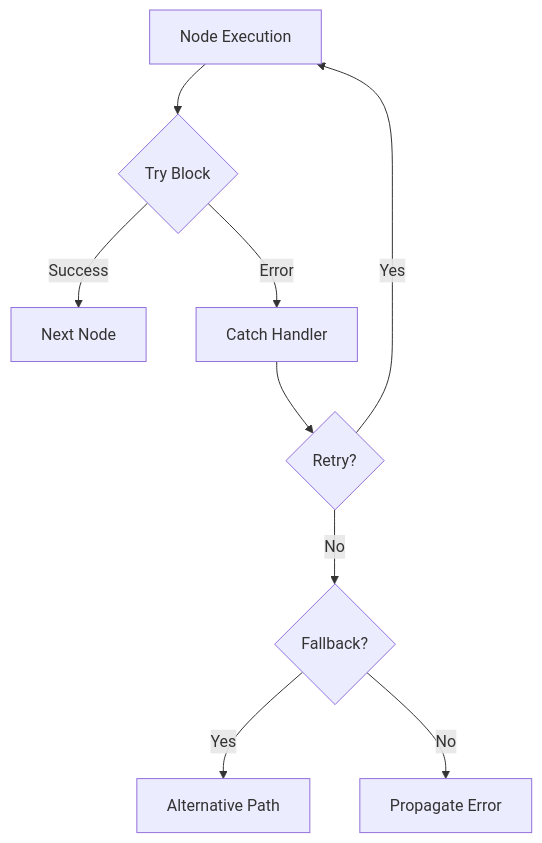
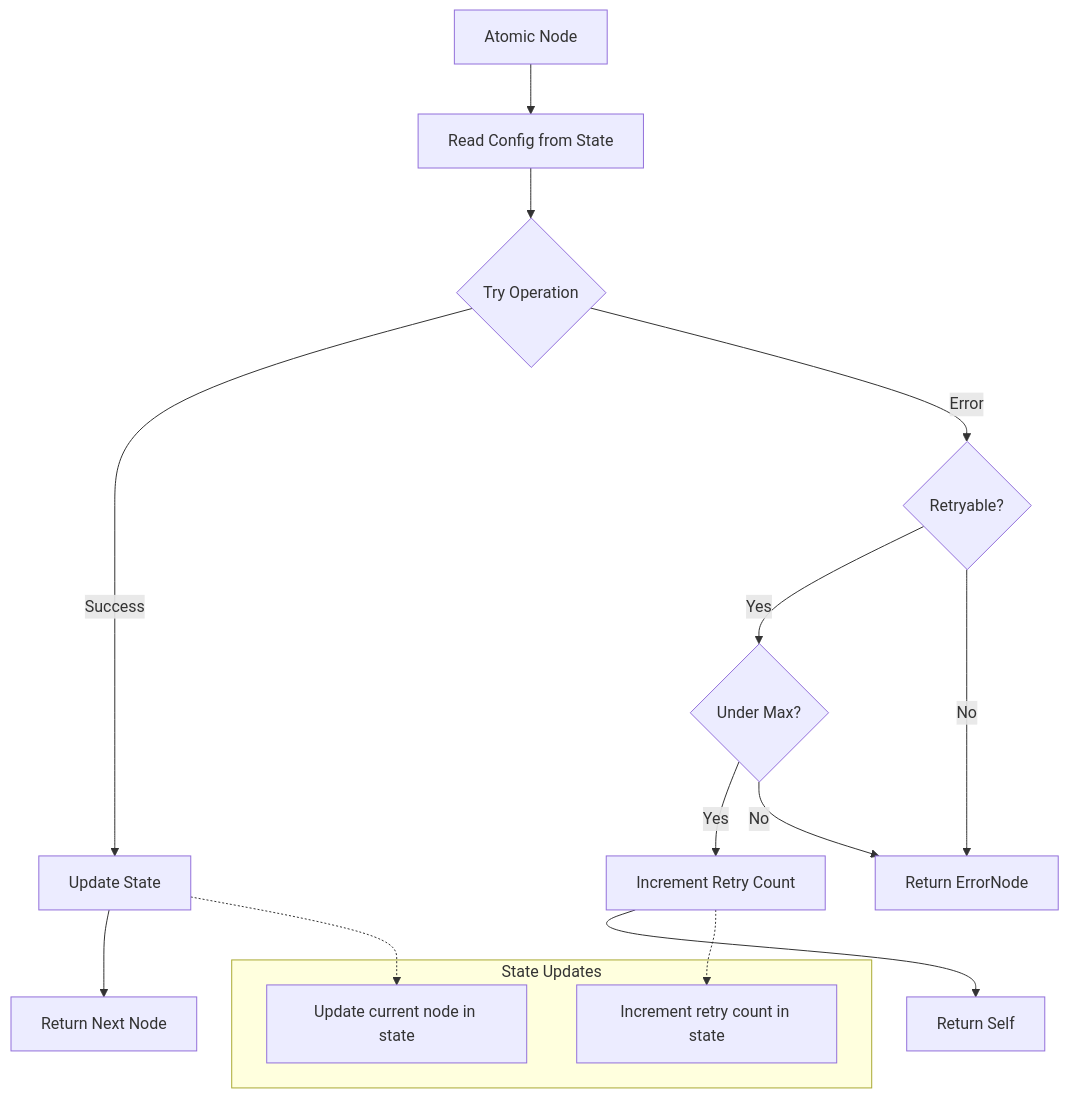
One commit to fblgit/agentool changed the tenth of 11 diagrams in docs/GRAPH_ARCHITECTURE.md. Above: the diagram before and after it, drawn with Mermaid. The commit also changed other lines of this file and 7 other files, not shown here.

````diff
--- a/docs/GRAPH_ARCHITECTURE.md
+++ b/docs/GRAPH_ARCHITECTURE.md
@@ -395,11 +541,22 @@
 ```mermaid
 graph TB
-    Node[Node Execution] --> Try{Try Block}
-    Try -->|Success| Next[Next Node]
-    Try -->|Error| Catch[Catch Handler]
-    Catch --> Retry{Retry?}
-    Retry -->|Yes| Node
-    Retry -->|No| Fallback{Fallback?}
-    Fallback -->|Yes| Alt[Alternative Path]
-    Fallback -->|No| Fail[Propagate Error]
+    AN[Atomic Node] --> Config[Read Config from State]
+    Config --> Try{Try Operation}
+    Try -->|Success| UpdateState[Update State]
+    UpdateState --> ReturnNext[Return Next Node]
+    Try -->|Error| CheckRetry{Retryable?}
+    
+    CheckRetry -->|Yes| CheckCount{Under Max?}
+    CheckCount -->|Yes| IncRetry[Increment Retry Count]
+    IncRetry --> ReturnSelf[Return Self]
+    CheckCount -->|No| ReturnError[Return ErrorNode]
+    CheckRetry -->|No| ReturnError
+    
+    subgraph updates[State Updates]
+        StateRetry[Increment retry count in state]
+        StateSuccess[Update current node in state]
+    end
+    
+    IncRetry -.-> StateRetry
+    UpdateState -.-> StateSuccess
 ```
````
